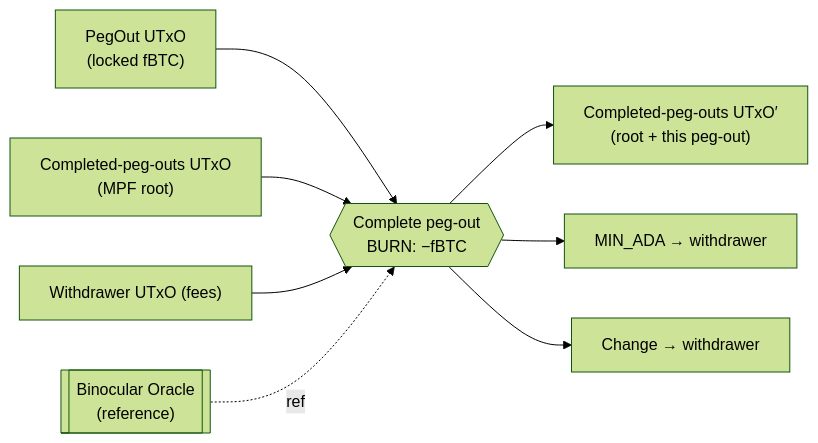
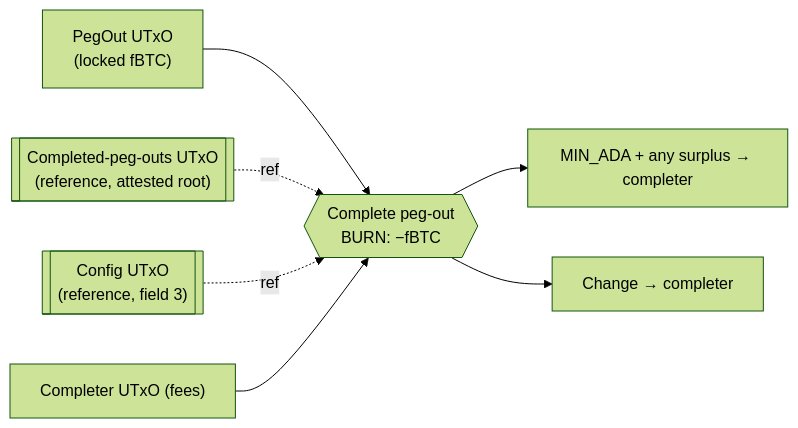
Diagram 17 of 20 in documentation/technical_documentation.md (rssh/ft-bifrost-bridge), drawn with Mermaid (forest theme) before and after one commit. The commit also changed other lines of this file and 1 other file, not shown here.

````diff
--- a/documentation/technical_documentation.md
+++ b/documentation/technical_documentation.md
@@ -1940,10 +2062,9 @@
 ```mermaid
 flowchart LR
   pout["PegOut UTxO<br/>(locked fBTC)"] --> tx{{"Complete peg-out<br/>BURN: −fBTC"}}
-  cpo_in["Completed-peg-outs UTxO<br/>(MPF root)"] --> tx
-  wdraw["Withdrawer UTxO (fees)"] --> tx
-  binoc[["Binocular Oracle<br/>(reference)"]] -. ref .-> tx
-  tx --> cpo_out["Completed-peg-outs UTxO′<br/>(root + this peg-out)"]
-  tx --> minada["MIN_ADA → withdrawer"]
-  tx --> change["Change → withdrawer"]
+  cpo_ref[["Completed-peg-outs UTxO<br/>(reference, attested root)"]] -. ref .-> tx
+  cfg_ref[["Config UTxO<br/>(reference, field 3)"]] -. ref .-> tx
+  comp["Completer UTxO (fees)"] --> tx
+  tx --> reward["MIN_ADA + any surplus → completer"]
+  tx --> change["Change → completer"]
 ```
````
